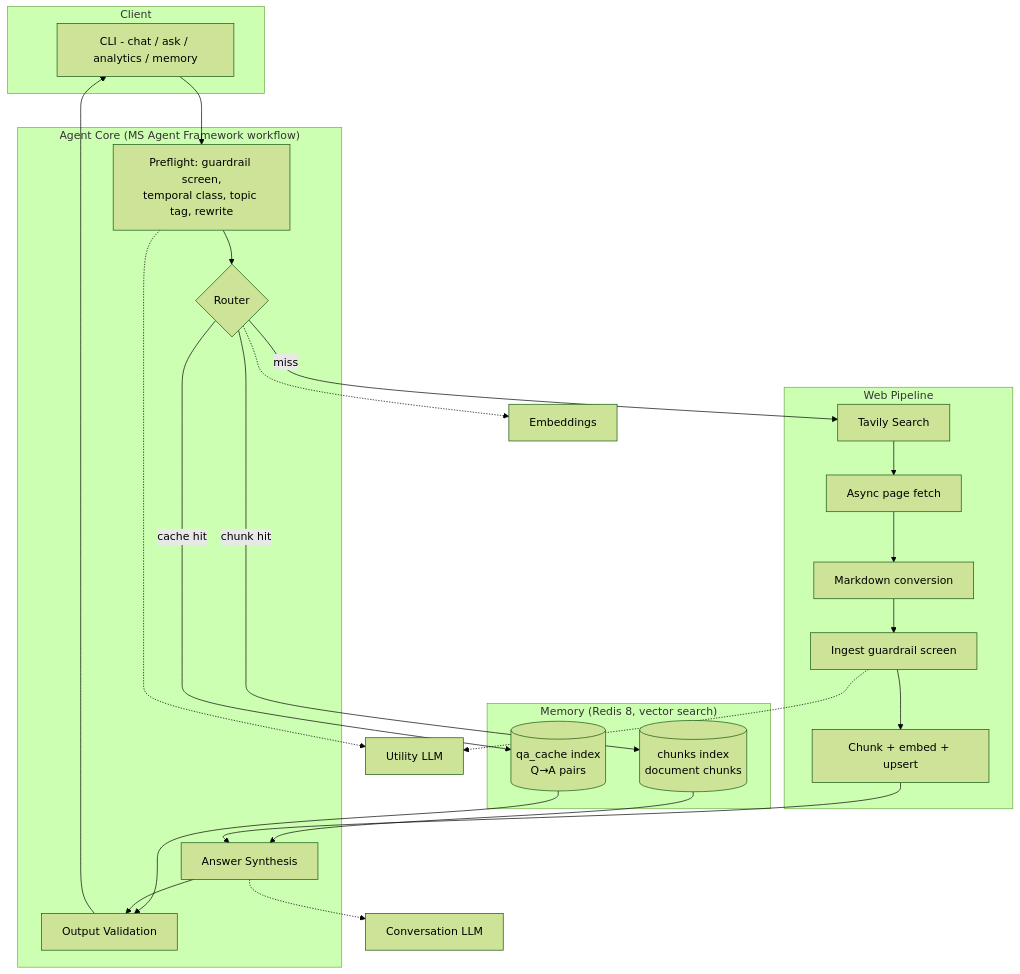
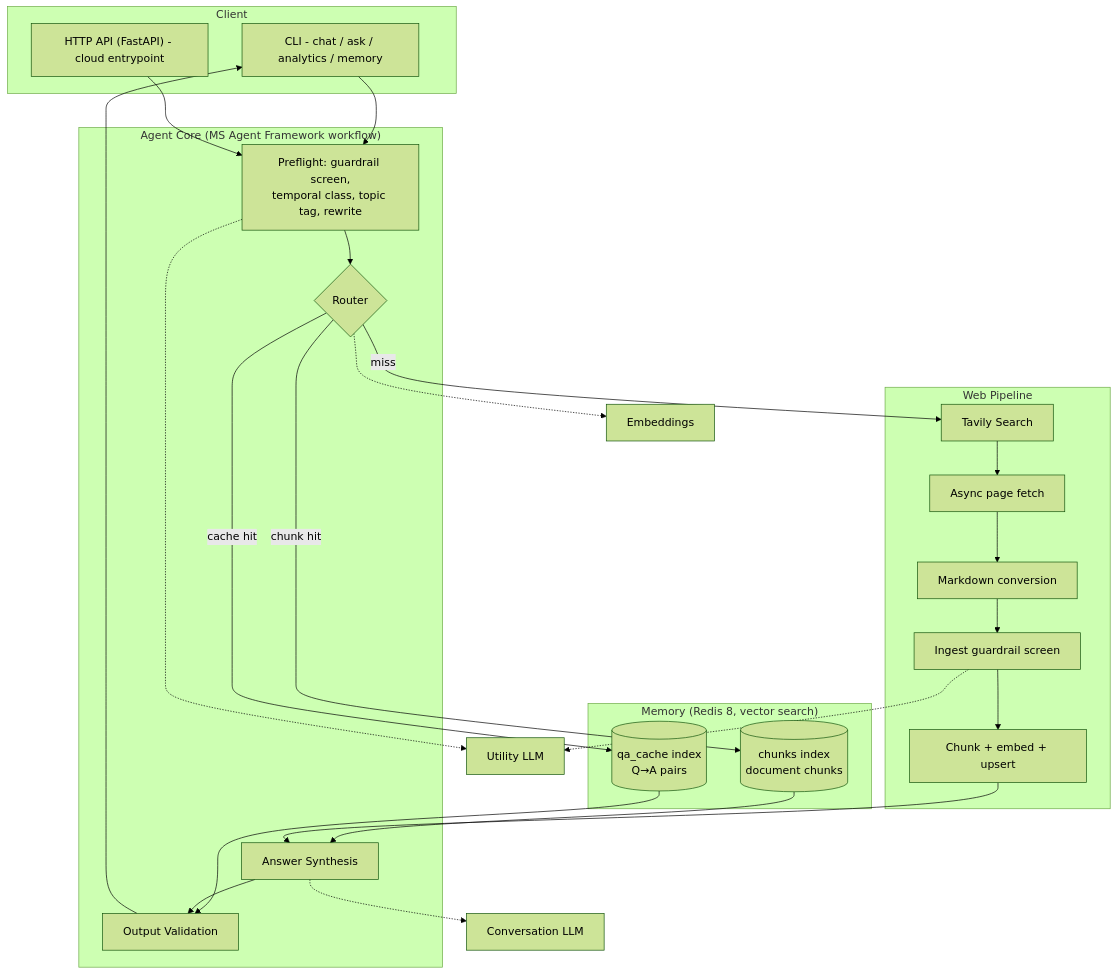
Before and after one commit to vadjs/memory-first-agent: the diagram in docs/superpowers/specs/2026-08-07-memory-first-agent-design.md, drawn with Mermaid (forest theme). The commit also changed other lines of this file and 4 other files, not shown here.

````diff
--- a/docs/superpowers/specs/2026-08-07-memory-first-agent-design.md
+++ b/docs/superpowers/specs/2026-08-07-memory-first-agent-design.md
@@ -41,36 +53,39 @@
 ```mermaid
 flowchart TB
     subgraph Client
         CLI[CLI - chat / ask / analytics / memory]
+        API["HTTP API (FastAPI) - cloud entrypoint"]
     end
     subgraph Agent["Agent Core (MS Agent Framework workflow)"]
         PRE["Preflight: guardrail screen,<br/>temporal class, topic tag, rewrite"]
         ROUTE{Router}
         SYN["Answer Synthesis"]
         VAL["Output Validation"]
     end
     subgraph Memory["Memory (Redis 8, vector search)"]
         QA[("qa_cache index<br/>Q→A pairs")]
         CH[("chunks index<br/>document chunks")]
     end
     subgraph Web["Web Pipeline"]
         SEARCH[Tavily Search]
         FETCH[Async page fetch]
         MD[Markdown conversion]
         SCREEN[Ingest guardrail screen]
         CHUNK[Chunk + embed + upsert]
     end
     LLM1[Conversation LLM]
     LLM2[Utility LLM]
     EMB[Embeddings]
 
-    CLI --> PRE --> ROUTE
+    CLI --> PRE
+    API --> PRE
+    PRE --> ROUTE
     ROUTE -->|cache hit| QA --> VAL
     ROUTE -->|chunk hit| CH --> SYN
     ROUTE -->|miss| SEARCH --> FETCH --> MD --> SCREEN --> CHUNK --> SYN
     SYN --> VAL --> CLI
     PRE -.-> LLM2
     SCREEN -.-> LLM2
     SYN -.-> LLM1
     ROUTE -.-> EMB
 ```
````
